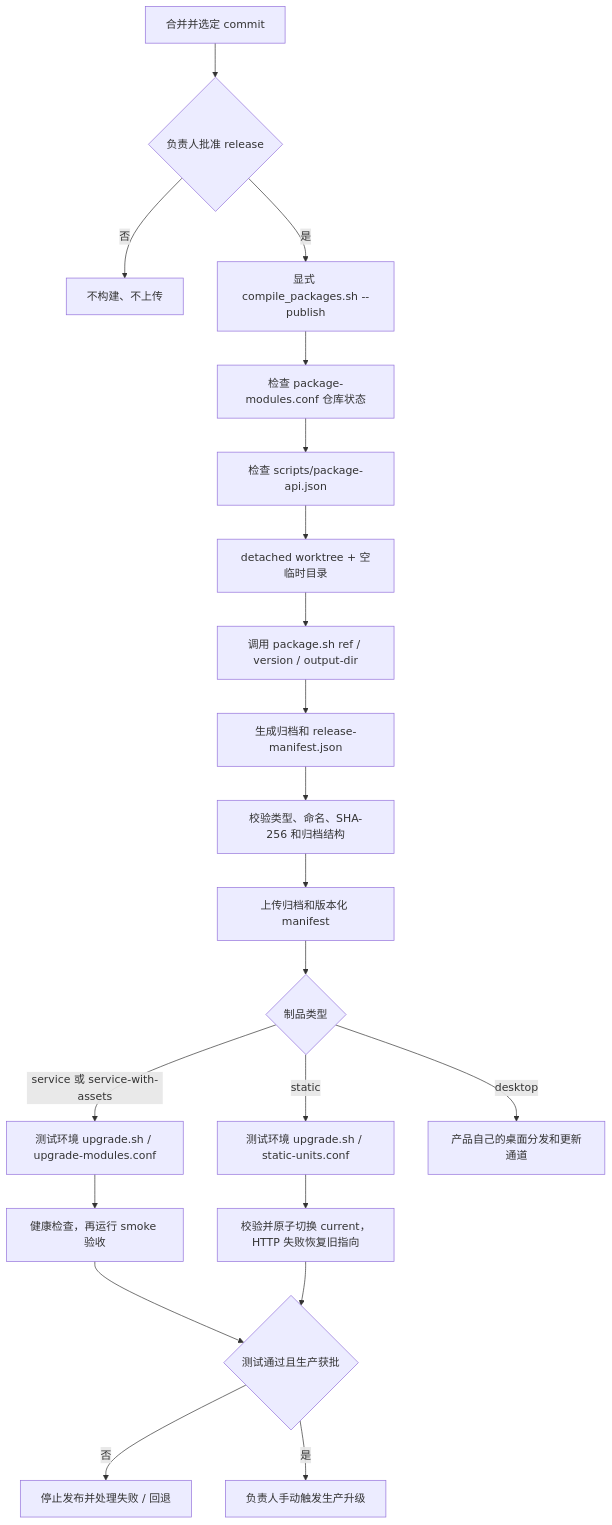
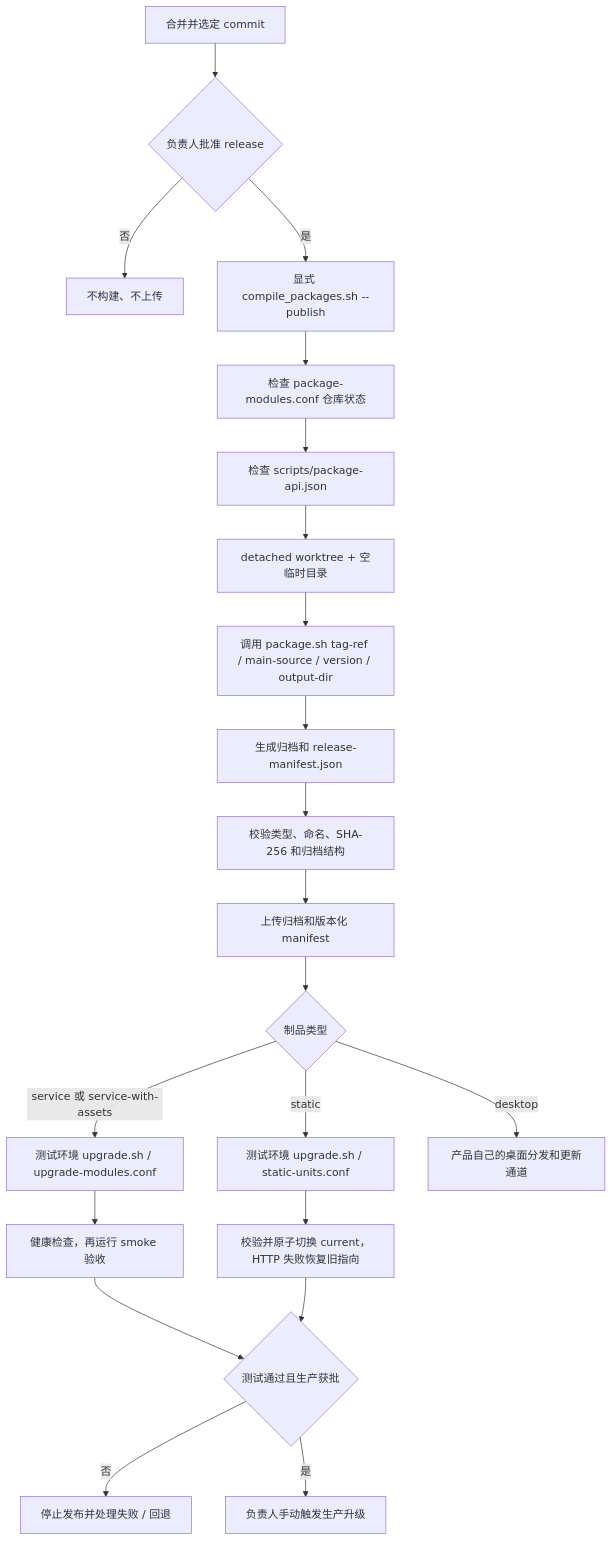
The diagram in specification/PACKAGING.md (yeying-community/deployer), drawn with Mermaid before and after one commit. The commit also changed other lines of this file and 3 other files, not shown here.

Commit message:
fix(upgrade): publish version tags without changing main

````diff
--- a/specification/PACKAGING.md
+++ b/specification/PACKAGING.md
@@ -237,23 +244,23 @@
 ```mermaid
 flowchart TD
     A[合并并选定 commit] --> B{负责人批准 release}
     B -->|否| X[不构建、不上传]
     B -->|是| C[显式 compile_packages.sh --publish]
     C --> D[检查 package-modules.conf 仓库状态]
     D --> E[检查 scripts/package-api.json]
     E --> F[detached worktree + 空临时目录]
-    F --> G[调用 package.sh ref / version / output-dir]
+    F --> G[调用 package.sh tag-ref / main-source / version / output-dir]
     G --> H[生成归档和 release-manifest.json]
     H --> I[校验类型、命名、SHA-256 和归档结构]
     I --> J[上传归档和版本化 manifest]
     J --> K{制品类型}
     K -->|service 或 service-with-assets| L[测试环境 upgrade.sh / upgrade-modules.conf]
     K -->|static| M[测试环境 upgrade.sh / static-units.conf]
     K -->|desktop| N[产品自己的桌面分发和更新通道]
     L --> O[健康检查，再运行 smoke 验收]
     M --> P[校验并原子切换 current，HTTP 失败恢复旧指向]
     O --> Q{测试通过且生产获批}
     P --> Q
     Q -->|否| R[停止发布并处理失败 / 回退]
     Q -->|是| S[负责人手动触发生产升级]
 ```
````
